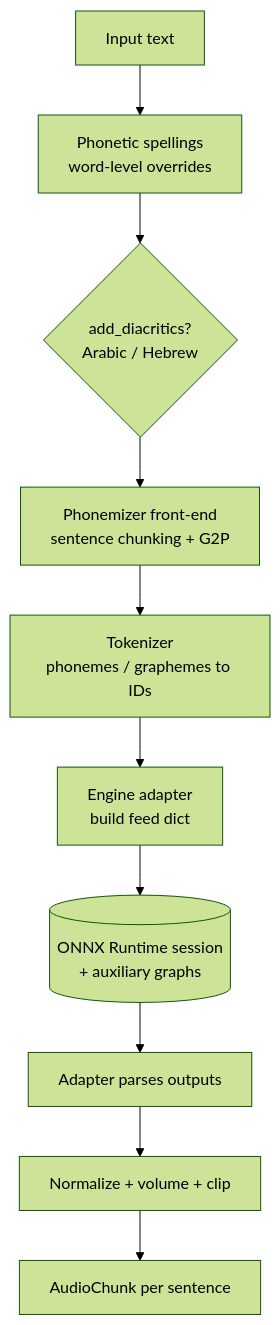
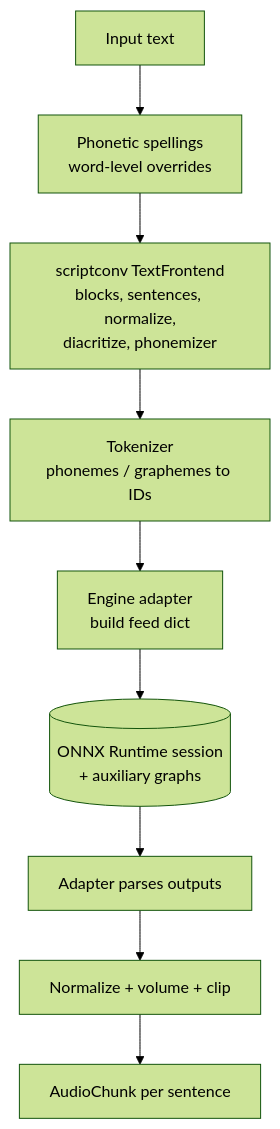
The diagram in docs/architecture.md (TigreGotico/phoonnx), drawn with Mermaid (forest theme) before and after one commit. The commit also changed other lines of this file and 14 other files, not shown here.

First line of the commit message:
feat: TTSVoice reads text through scriptconv's TextFrontend

````diff
--- a/docs/architecture.md
+++ b/docs/architecture.md
@@ -13,12 +13,11 @@
 ```mermaid
 flowchart TD
     T[Input text] --> PS[Phonetic spellings<br/>word-level overrides]
-    PS --> D{add_diacritics?<br/>Arabic / Hebrew}
-    D --> P[Phonemizer front-end<br/>sentence chunking + G2P]
+    PS --> P[scriptconv TextFrontend<br/>blocks, sentences, normalize,<br/>diacritize, phonemizer]
     P --> TK[Tokenizer<br/>phonemes / graphemes to IDs]
     TK --> A[Engine adapter<br/>build feed dict]
     A --> S[(ONNX Runtime session<br/>+ auxiliary graphs)]
     S --> AU[Adapter parses outputs]
     AU --> N[Normalize + volume + clip]
     N --> C[AudioChunk per sentence]
 ```
````
